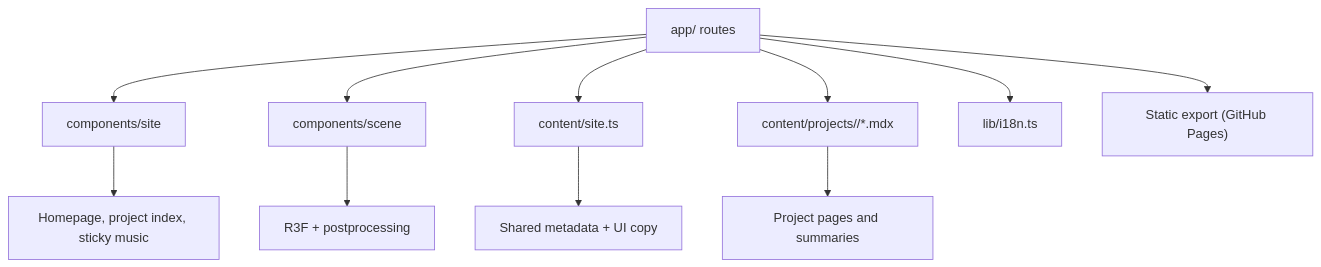
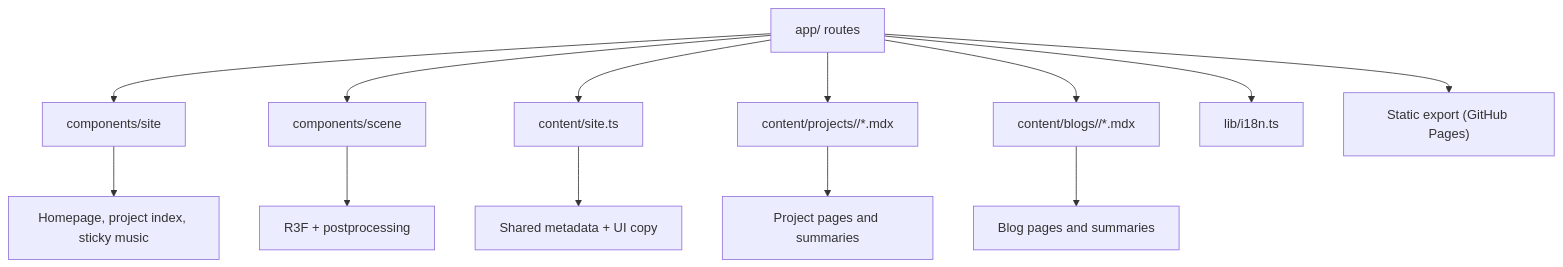
One commit to leo0807/leo0807.github.io changed the diagram in README.md. Above: the diagram before and after it, drawn with Mermaid. The commit also changed other lines of this file and 16 other files, not shown here.

````diff
--- a/README.md
+++ b/README.md
@@ -28,13 +30,15 @@
 ```mermaid
 flowchart TD
   A["app/ routes"] --> B["components/site"]
   A --> C["components/scene"]
   A --> D["content/site.ts"]
   A --> E["content/projects/<locale>/*.mdx"]
+  A --> L["content/blogs/<locale>/*.mdx"]
   A --> F["lib/i18n.ts"]
   D --> G["Shared metadata + UI copy"]
   E --> H["Project pages and summaries"]
+  L --> M["Blog pages and summaries"]
   C --> I["R3F + postprocessing"]
   B --> J["Homepage, project index, sticky music"]
   A --> K["Static export (GitHub Pages)"]
 ```
````
